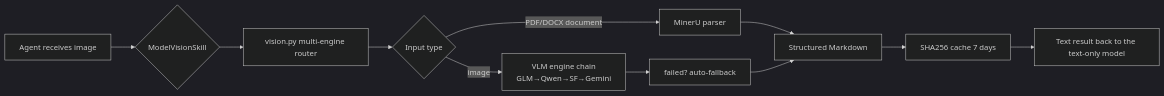
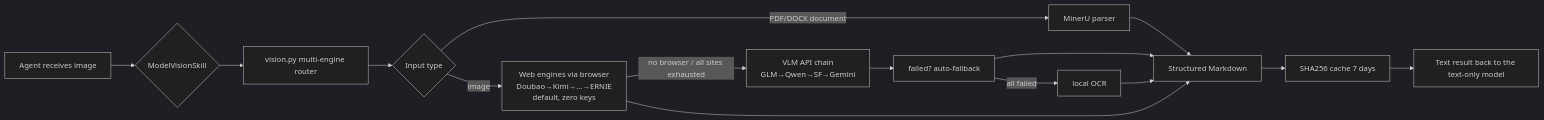
One commit to yan-stone-computer/NexcoreMultimodalSkill changed the diagram in README.md. Above: the diagram before and after it, drawn with Mermaid (dark theme). The commit also changed other lines of this file and 14 other files, not shown here.

````diff
--- a/README.md
+++ b/README.md
@@ -192,13 +208,17 @@
 ```mermaid
 flowchart LR
     A[Agent receives image] --> B{ModelVisionSkill}
     B --> C[vision.py multi-engine router]
     C --> D{Input type}
-    D -->|image| E[VLM engine chain<br/>GLM→Qwen→SF→Gemini]
+    D -->|image| W[Web engines via browser<br/>Doubao→Kimi→…→ERNIE<br/>default, zero keys]
     D -->|PDF/DOCX document| F[MinerU parser]
+    W -->|no browser / all sites exhausted| E[VLM API chain<br/>GLM→Qwen→SF→Gemini]
     E --> G[failed? auto-fallback]
     F --> H[Structured Markdown]
     G --> H
+    G -->|all failed| L[local OCR]
+    L --> H
+    W --> H
     H --> I[SHA256 cache 7 days]
     I --> J[Text result back to the text-only model]
 ```
````
